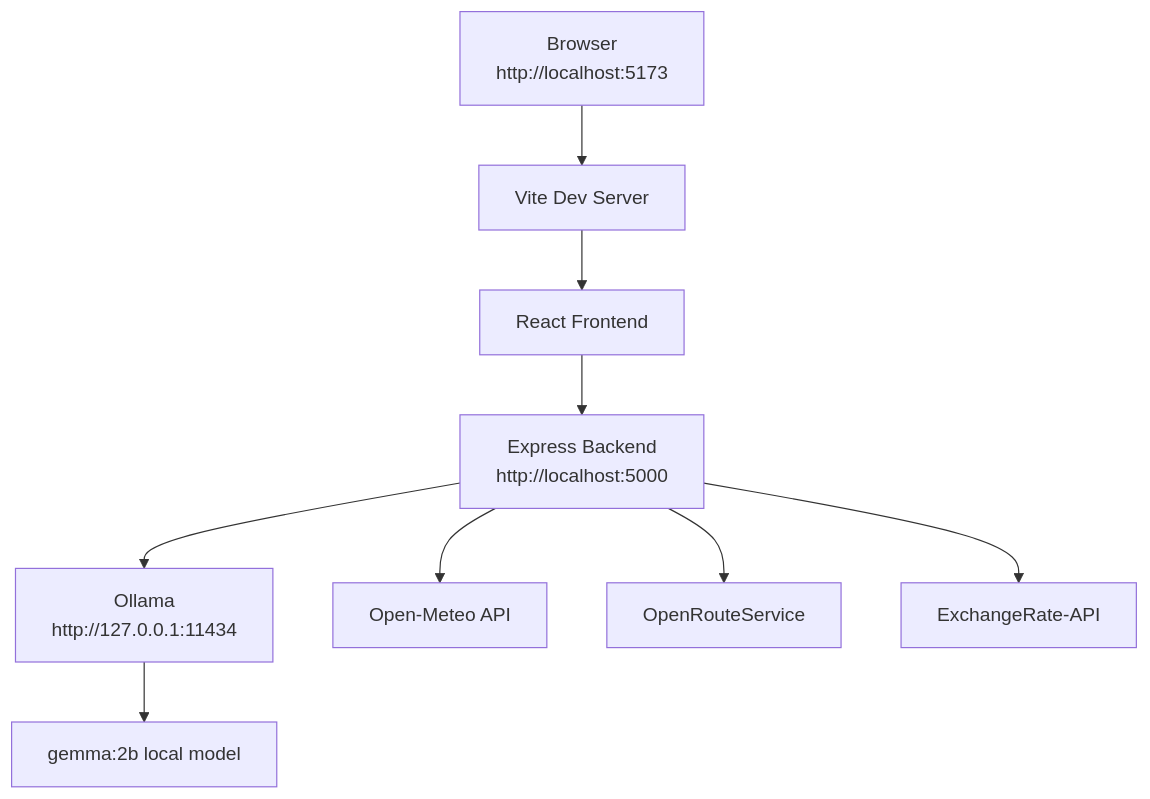
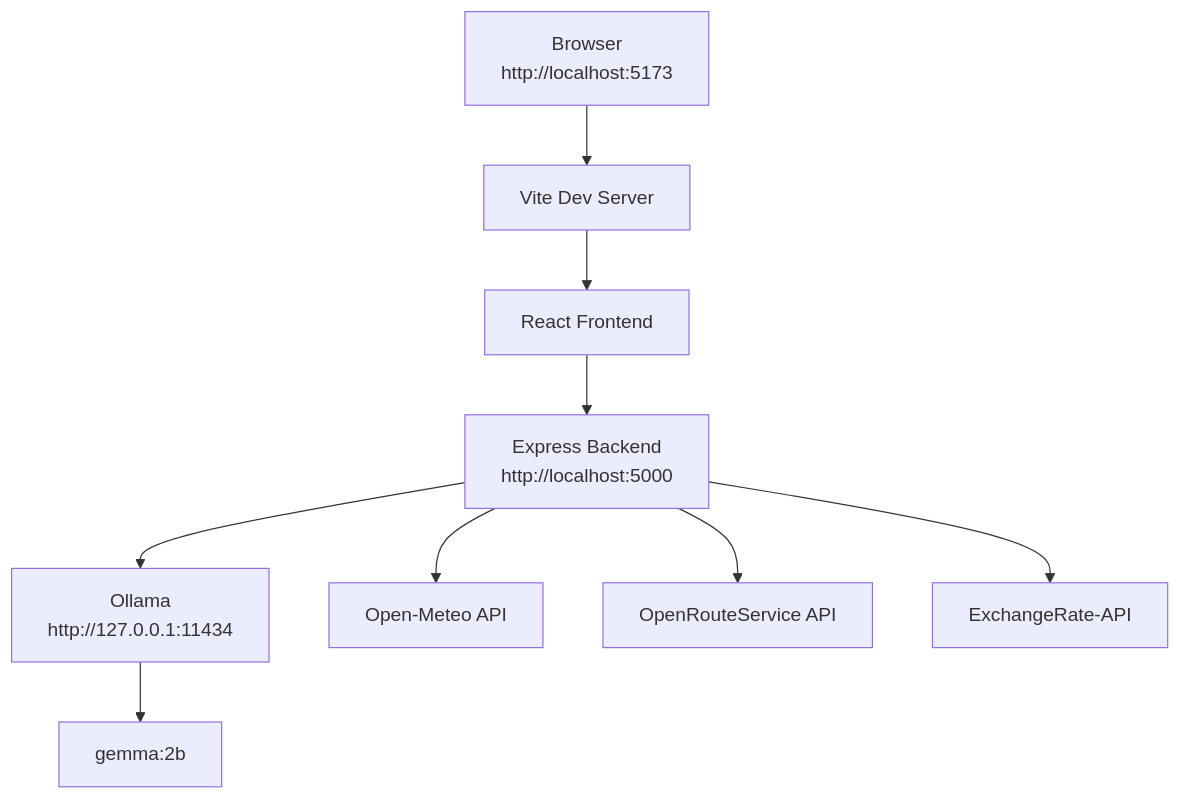
Before and after one commit to Jasmine0987/ResourceRX: the fourth of 4 diagrams in README.md, drawn with Mermaid. The commit also changed other lines of this file, not shown here.

Commit message:
Apply a polished product + engineering README with diagram-first architecture overview

````diff
--- a/README.md
+++ b/README.md
@@ -163,26 +181,26 @@
 ```mermaid
 flowchart TB
     Browser[Browser\nhttp://localhost:5173]
     Vite[Vite Dev Server]
     React[React Frontend]
     Express[Express Backend\nhttp://localhost:5000]
     Ollama[Ollama\nhttp://127.0.0.1:11434]
-    Model[gemma:2b local model]
+    Model[gemma:2b]
     OpenMeteo[Open-Meteo API]
-    ORS[OpenRouteService]
+    ORS[OpenRouteService API]
     FXAPI[ExchangeRate-API]
 
     Browser --> Vite
     Vite --> React
     React --> Express
     Express --> Ollama
     Express --> OpenMeteo
     Express --> ORS
     Express --> FXAPI
     Ollama --> Model
 
     click Browser "https://github.com/Jasmine0987/ResourceRX/blob/main/index.html"
     click Vite "https://github.com/Jasmine0987/ResourceRX/blob/main/vite.config.js"
     click React "https://github.com/Jasmine0987/ResourceRX/blob/main/src/App.jsx"
     click Express "https://github.com/Jasmine0987/ResourceRX/blob/main/server/index.js"
 ```
````
